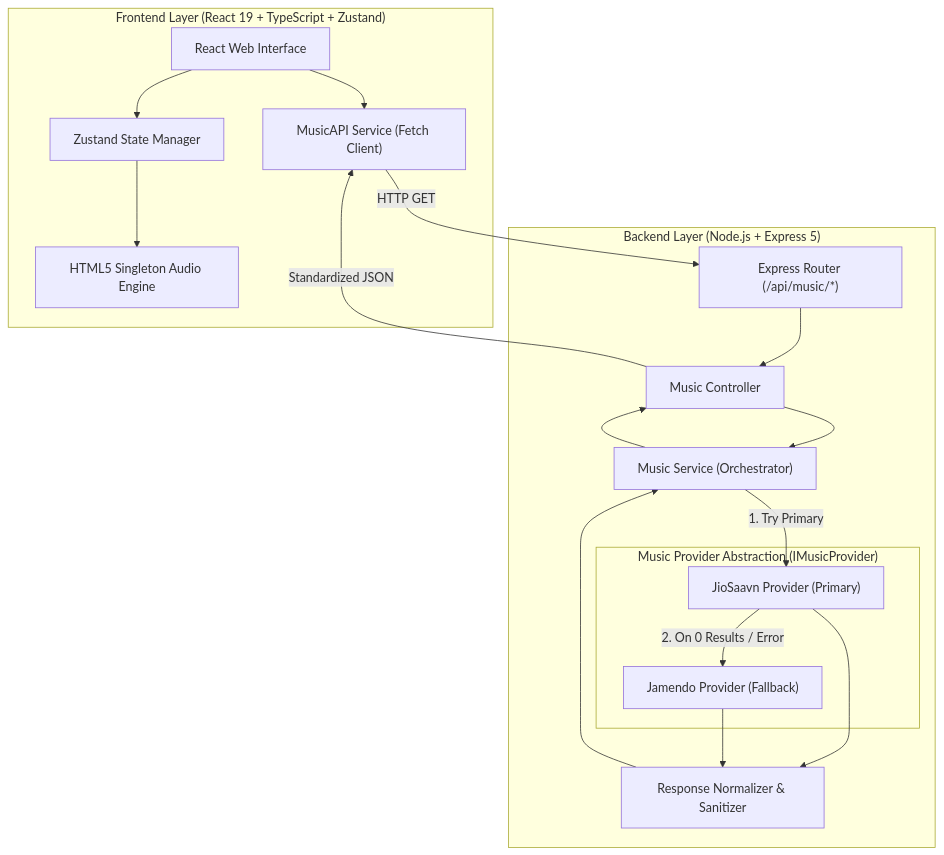
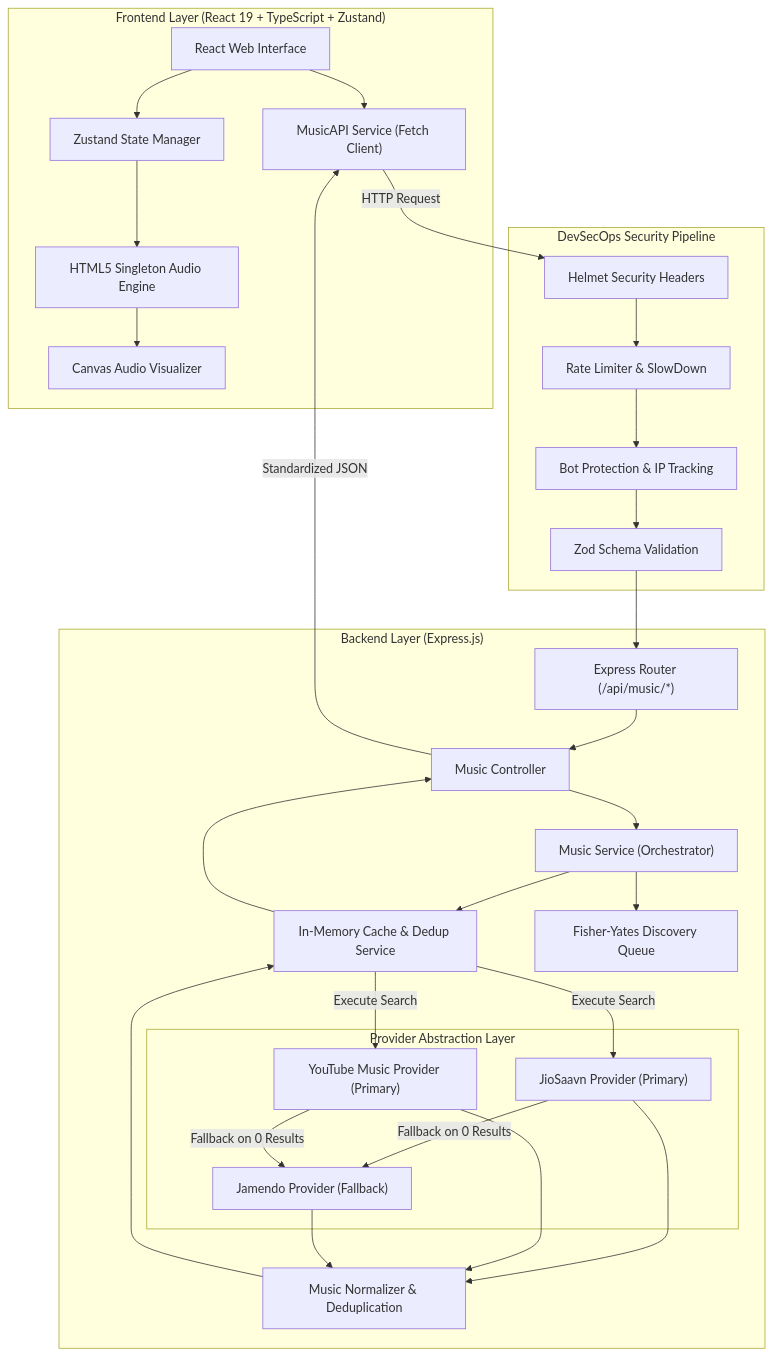
Before and after one commit to Nishantnsut27/Notify-Music-Player: the diagram in README.md, drawn with Mermaid. The commit also changed other lines of this file and 1 other file, not shown here.

````diff
--- a/README.md
+++ b/README.md
@@ -52,36 +105,57 @@
 ```mermaid
 flowchart TD
     subgraph Client["Frontend Layer (React 19 + TypeScript + Zustand)"]
         UI["React Web Interface"]
+        Visualizer["Canvas Audio Visualizer"]
         Store["Zustand State Manager"]
         Audio["HTML5 Singleton Audio Engine"]
         APIClient["MusicAPI Service (Fetch Client)"]
     end
 
-    subgraph Server["Backend Layer (Node.js + Express 5)"]
+    subgraph Security["DevSecOps Security Pipeline"]
+        Helmet["Helmet Security Headers"]
+        RateLimit["Rate Limiter & SlowDown"]
+        BotProtect["Bot Protection & IP Tracking"]
+        ZodVal["Zod Schema Validation"]
+    end
+
+    subgraph Backend["Backend Layer (Express.js)"]
         Router["Express Router (/api/music/*)"]
         Controller["Music Controller"]
-        Service["Music Service (Orchestrator)"]
+        Cache["In-Memory Cache & Dedup Service"]
+        Discovery["Fisher-Yates Discovery Queue"]
+        MusicSvc["Music Service (Orchestrator)"]
 
-        subgraph Providers["Music Provider Abstraction (IMusicProvider)"]
+        subgraph Providers["Provider Abstraction Layer"]
             Jio["JioSaavn Provider (Primary)"]
+            YT["YouTube Music Provider (Primary)"]
             Jam["Jamendo Provider (Fallback)"]
         end
 
-        Normalizer["Response Normalizer & Sanitizer"]
+        Normalizer["Music Normalizer & Deduplication"]
     end
 
     UI --> Store
     Store --> Audio
+    Audio --> Visualizer
     UI --> APIClient
-    APIClient -- HTTP GET --> Router
+    APIClient -- HTTP Request --> Helmet
+    Helmet --> RateLimit
+    RateLimit --> BotProtect
+    BotProtect --> ZodVal
+    ZodVal --> Router
     Router --> Controller
-    Controller --> Service
-    Service -->|1. Try Primary| Jio
-    Jio -- 2. On 0 Results / Error --> Jam
+    Controller --> MusicSvc
+    MusicSvc --> Cache
+    MusicSvc --> Discovery
+    Cache -->|Execute Search| Jio
+    Cache -->|Execute Search| YT
+    Jio -- Fallback on 0 Results --> Jam
+    YT -- Fallback on 0 Results --> Jam
     Jio --> Normalizer
+    YT --> Normalizer
     Jam --> Normalizer
-    Normalizer --> Service
-    Service --> Controller
+    Normalizer --> Cache
+    Cache --> Controller
     Controller -- Standardized JSON --> APIClient
 ```
````
